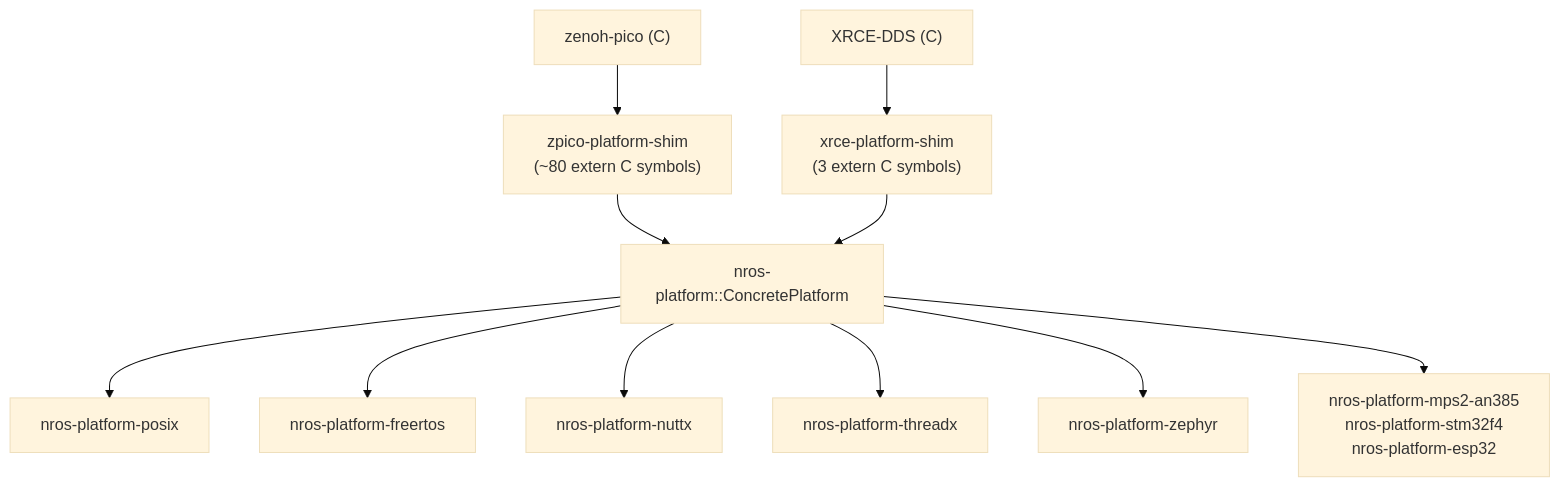
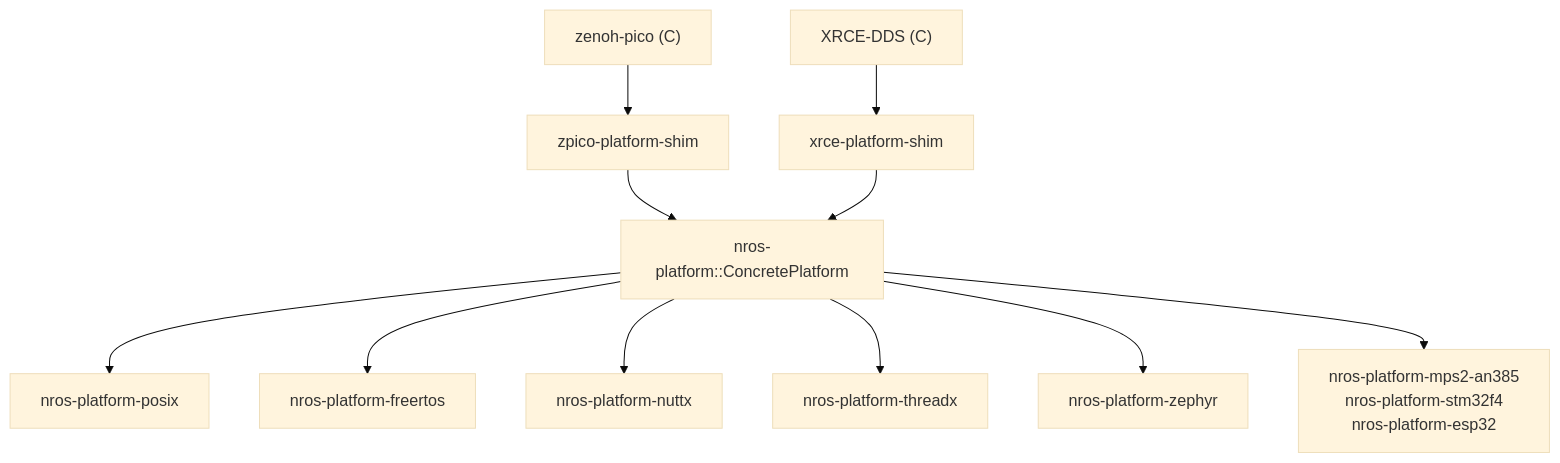
The diagram in book/src/reference/platform-api.md (NEWSLabNTU/nano-ros), drawn with Mermaid (base theme) before and after one commit. The commit also changed other lines of this file, not shown here.

First line of the commit message:
Refactor platform-api.md: remove internal RMW shim + smoltcp symbols

````diff
--- a/book/src/reference/platform-api.md
+++ b/book/src/reference/platform-api.md
@@ -7,13 +7,13 @@
 ```mermaid
 graph TD
-    ZP["zenoh-pico (C)"] --> ZPSHIM["zpico-platform-shim<br/>(~80 extern C symbols)"]
-    XRCE["XRCE-DDS (C)"] --> XSHIM["xrce-platform-shim<br/>(3 extern C symbols)"]
+    ZP["zenoh-pico (C)"] --> ZPSHIM["zpico-platform-shim"]
+    XRCE["XRCE-DDS (C)"] --> XSHIM["xrce-platform-shim"]
     ZPSHIM --> NP["nros-platform::ConcretePlatform"]
     XSHIM --> NP
     NP --> POSIX["nros-platform-posix"]
     NP --> FREERTOS["nros-platform-freertos"]
     NP --> NUTTX["nros-platform-nuttx"]
     NP --> THREADX["nros-platform-threadx"]
     NP --> ZEPHYR["nros-platform-zephyr"]
     NP --> BM["nros-platform-mps2-an385<br/>nros-platform-stm32f4<br/>nros-platform-esp32"]
 ```
````
